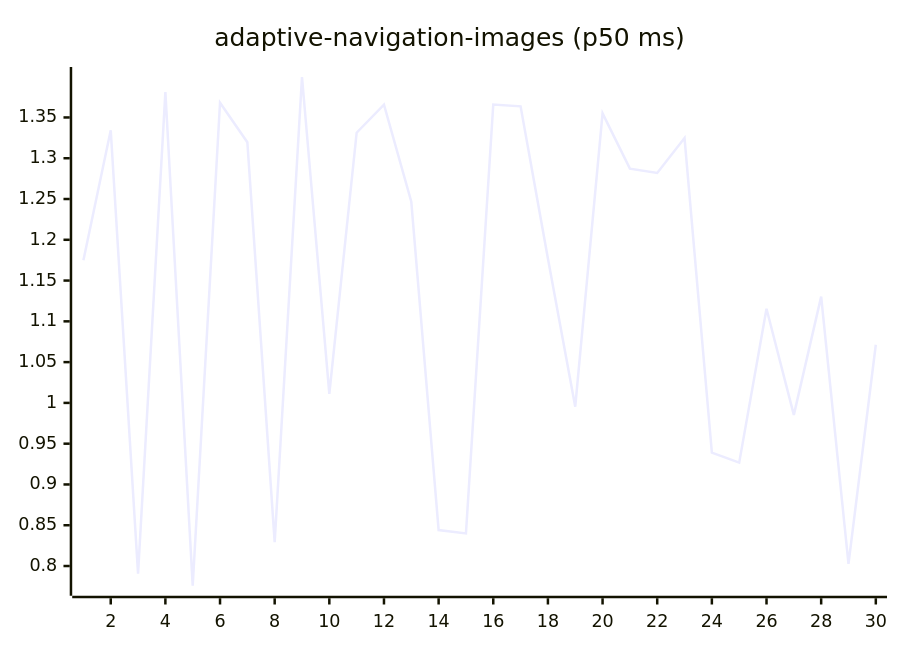
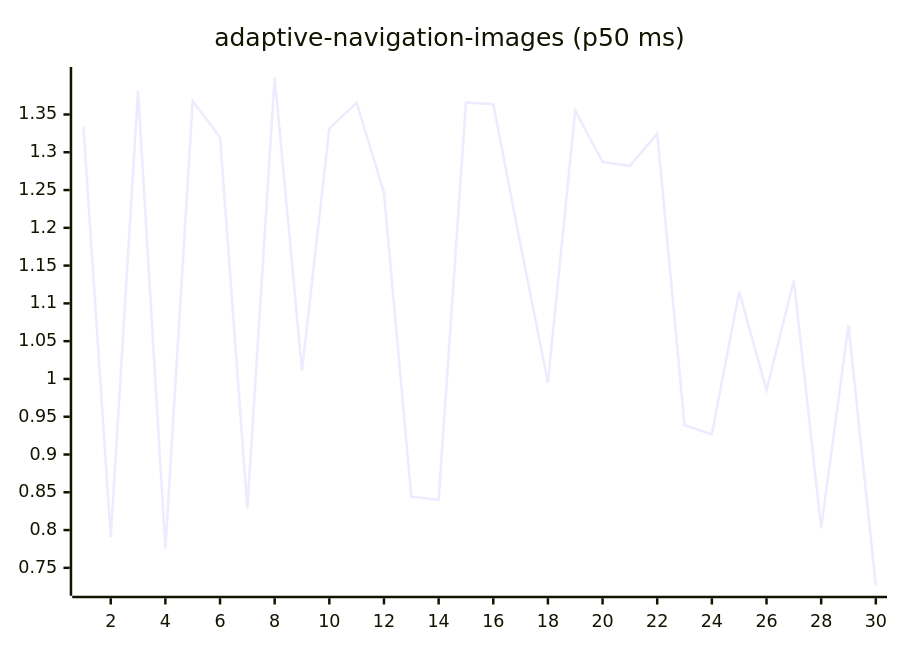
Before and after one commit to josha/Facet: the first of 27 diagrams in README.md, drawn with Mermaid. The commit also changed other lines of this file and 2 other files, not shown here.

````diff
--- a/README.md
+++ b/README.md
@@ -63,6 +63,6 @@
 ```mermaid
 xychart-beta
     title "adaptive-navigation-images (p50 ms)"
     x-axis 1 --> 30
-    line [1.1748, 1.3343, 0.7905, 1.3810, 0.7758, 1.3680, 1.3197, 0.8291, 1.3996, 1.0110, 1.3313, 1.3656, 1.2466, 0.8441, 0.8400, 1.3659, 1.3636, 1.1770, 0.9954, 1.3550, 1.2872, 1.2820, 1.3247, 0.9391, 0.9267, 1.1155, 0.9853, 1.1303, 0.8026, 1.0713]
+    line [1.3343, 0.7905, 1.3810, 0.7758, 1.3680, 1.3197, 0.8291, 1.3996, 1.0110, 1.3313, 1.3656, 1.2466, 0.8441, 0.8400, 1.3659, 1.3636, 1.1770, 0.9954, 1.3550, 1.2872, 1.2820, 1.3247, 0.9391, 0.9267, 1.1155, 0.9853, 1.1303, 0.8026, 1.0713, 0.7263]
 ```
````
